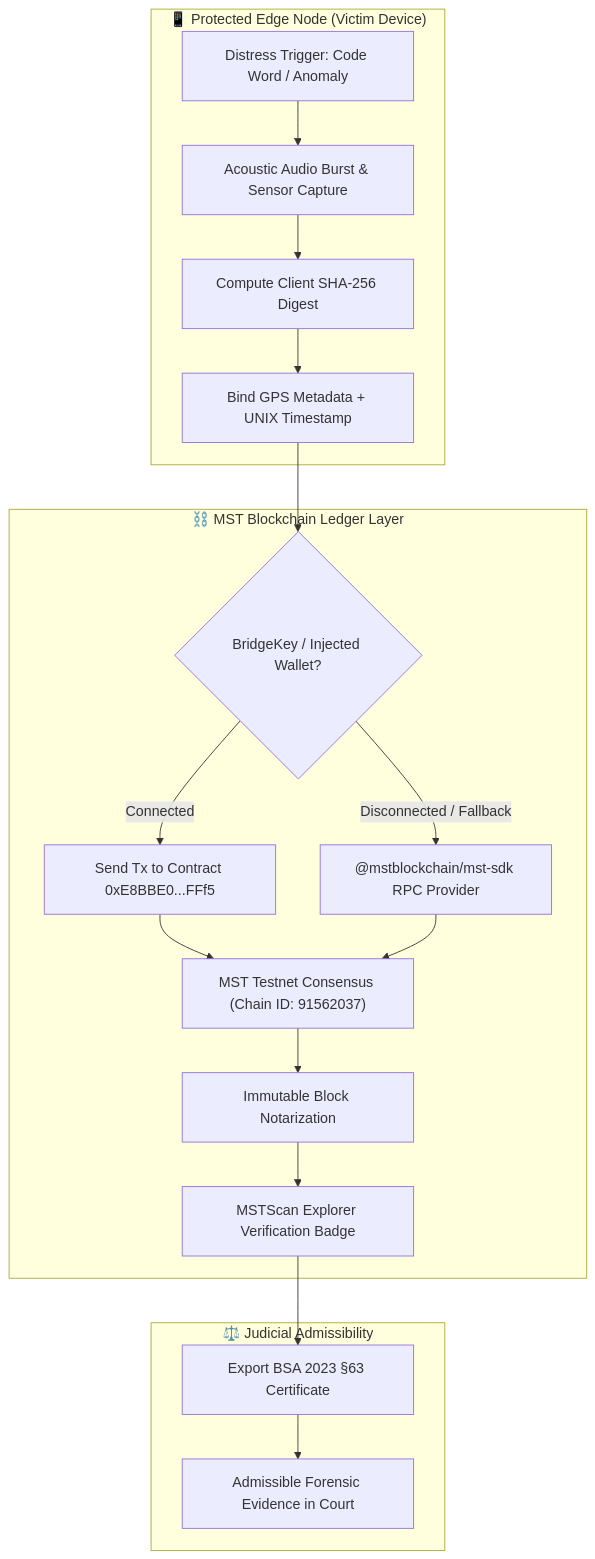
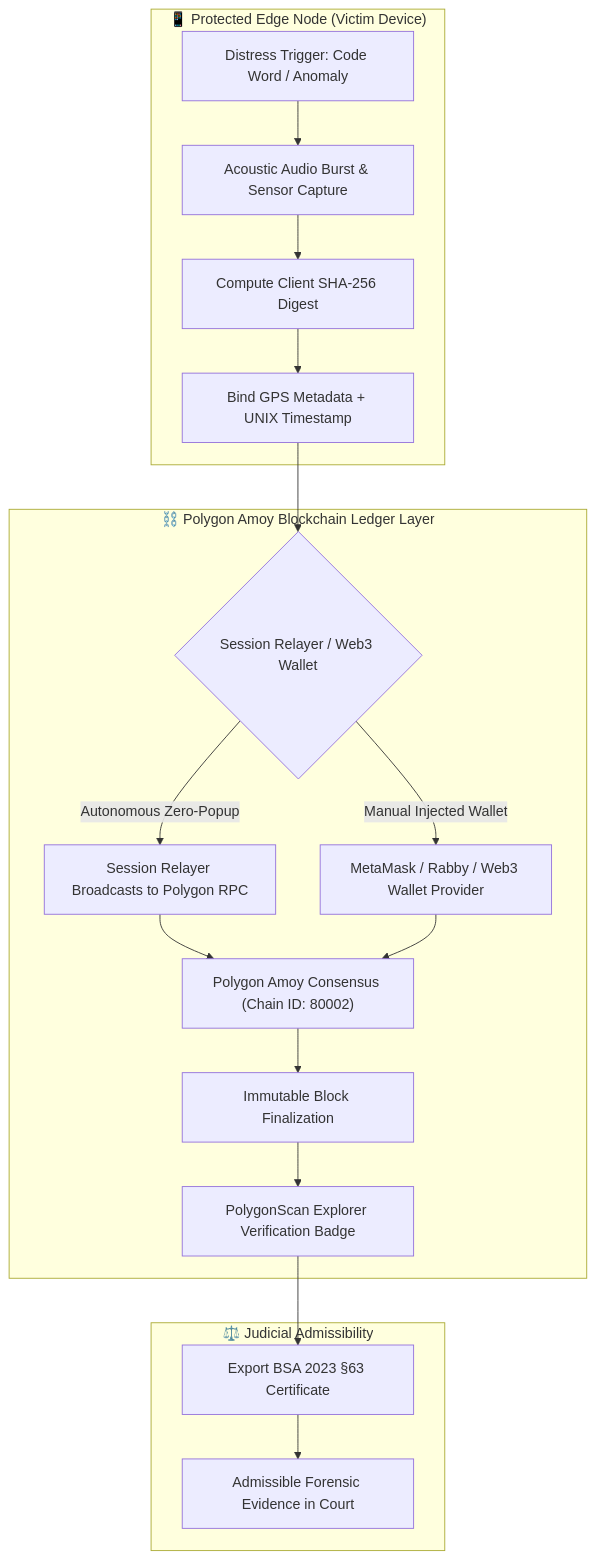
Before and after one commit to asmodeus276/Suruksha-Shadow: the diagram in README.md, drawn with Mermaid. The commit also changed other lines of this file and 13 other files, not shown here.

Commit message:
feat: migrate blockchain anchoring from MST to Polygon Amoy Testnet (Chain ID 80002)

````diff
--- a/README.md
+++ b/README.md
@@ -88,25 +89,25 @@
 ```mermaid
 flowchart TD
     subgraph EdgeDevice["📱 Protected Edge Node (Victim Device)"]
         A[Distress Trigger: Code Word / Anomaly] --> B[Acoustic Audio Burst & Sensor Capture]
         B --> C[Compute Client SHA-256 Digest]
         C --> D[Bind GPS Metadata + UNIX Timestamp]
     end
 
-    subgraph MSTWeb3["⛓️ MST Blockchain Ledger Layer"]
-        E{BridgeKey / Injected Wallet?}
-        E -->|Connected| F["Send Tx to Contract 0xE8BBE0...FFf5"]
-        E -->|Disconnected / Fallback| G["@mstblockchain/mst-sdk RPC Provider"]
-        F --> H["MST Testnet Consensus (Chain ID: 91562037)"]
+    subgraph PolygonWeb3["⛓️ Polygon Amoy Blockchain Ledger Layer"]
+        E{Session Relayer / Web3 Wallet}
+        E -->|Autonomous Zero-Popup| F["Session Relayer Broadcasts to Polygon RPC"]
+        E -->|Manual Injected Wallet| G["MetaMask / Rabby / Web3 Wallet Provider"]
+        F --> H["Polygon Amoy Consensus (Chain ID: 80002)"]
         G --> H
-        H --> I["Immutable Block Notarization"]
-        I --> J["MSTScan Explorer Verification Badge"]
+        H --> I["Immutable Block Finalization"]
+        I --> J["PolygonScan Explorer Verification Badge"]
     end
 
     subgraph LegalDossier["⚖️ Judicial Admissibility"]
         J --> K["Export BSA 2023 §63 Certificate"]
         K --> L["Admissible Forensic Evidence in Court"]
     end
 
     D --> E
 ```
````
